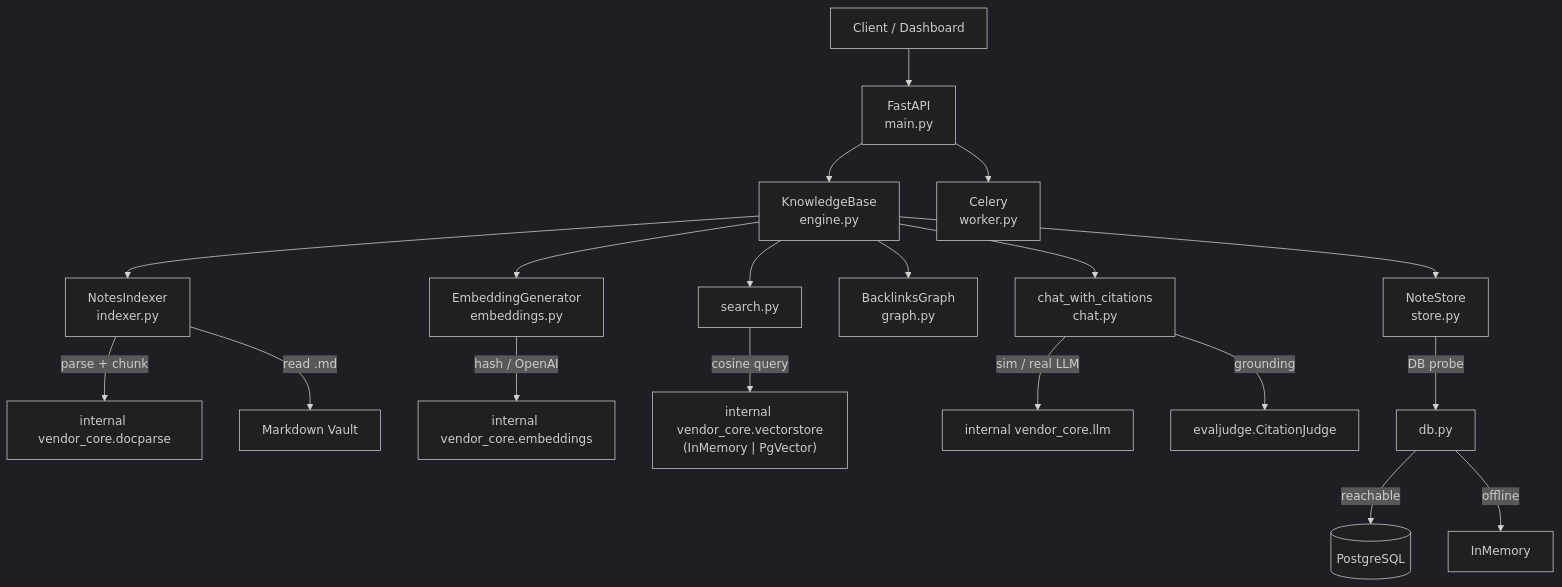
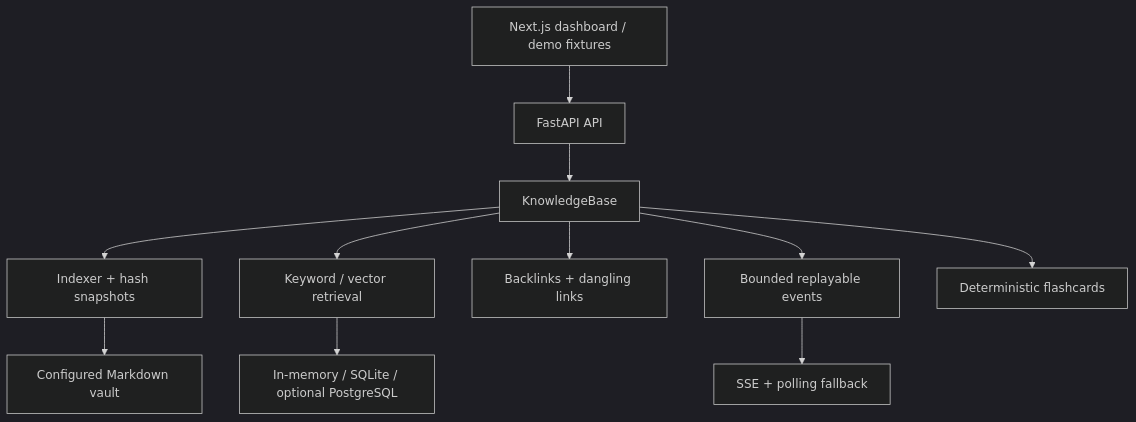
The diagram in README.md (FishRaposo/personal-knowledge-base-os), drawn with Mermaid (dark theme) before and after one commit. The commit also changed other lines of this file and 11 other files, not shown here.

````diff
--- a/README.md
+++ b/README.md
@@ -48,25 +23,13 @@
 ```mermaid
 graph TD
-    Client["Client / Dashboard"] --> API["FastAPI<br/>main.py"]
-    API --> Engine["KnowledgeBase<br/>engine.py"]
-
-    Engine --> Indexer["NotesIndexer<br/>indexer.py"]
-    Engine --> Embedder["EmbeddingGenerator<br/>embeddings.py"]
-    Engine --> Search["search.py"]
-    Engine --> Graph["BacklinksGraph<br/>graph.py"]
-    Engine --> Chat["chat_with_citations<br/>chat.py"]
-
-    Indexer -->|parse + chunk| SC1["internal vendor_core.docparse"]
-    Embedder -->|hash / OpenAI| SC2["internal vendor_core.embeddings"]
-    Search -->|cosine query| VS["internal vendor_core.vectorstore<br/>(InMemory | PgVector)"]
-    Chat -->|sim / real LLM| SC3["internal vendor_core.llm"]
-    Chat -->|grounding| SC4["evaljudge.CitationJudge"]
-
-    Engine --> Store["NoteStore<br/>store.py"]
-    Store -->|DB probe| DB["db.py"]
-    DB -->|reachable| PG[("PostgreSQL")]
-    DB -->|offline| MEM["InMemory"]
-
-    Indexer -->|read .md| FS["Markdown Vault"]
-    API --> Worker["Celery<br/>worker.py"]
+    UI["Next.js dashboard / demo fixtures"] --> API["FastAPI API"]
+    API --> KB["KnowledgeBase"]
+    KB --> IDX["Indexer + hash snapshots"]
+    KB --> RET["Keyword / vector retrieval"]
+    KB --> GRAPH["Backlinks + dangling links"]
+    KB --> EVENTS["Bounded replayable events"]
+    KB --> CARDS["Deterministic flashcards"]
+    IDX --> VAULT["Configured Markdown vault"]
+    RET --> STORE["In-memory / SQLite / optional PostgreSQL"]
+    EVENTS --> SSE["SSE + polling fallback"]
 ```
````
